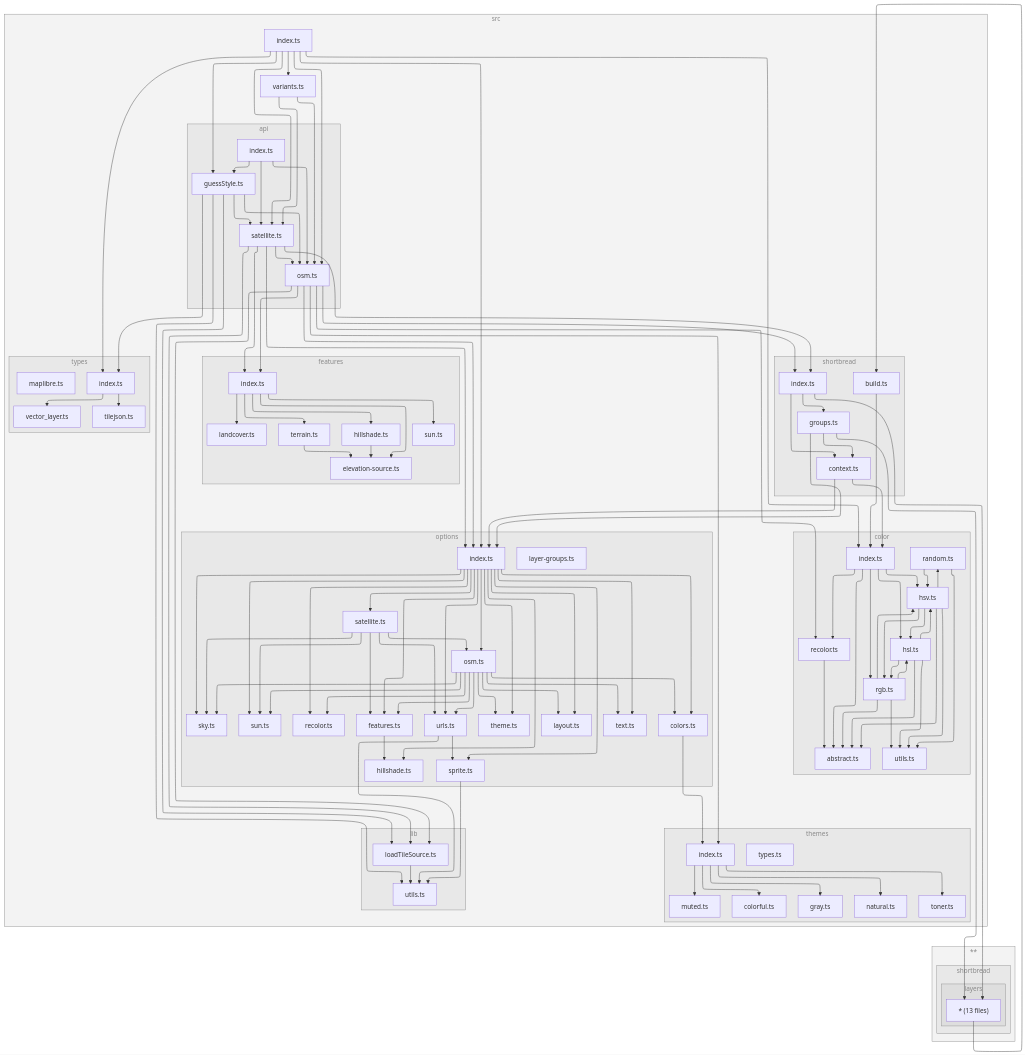
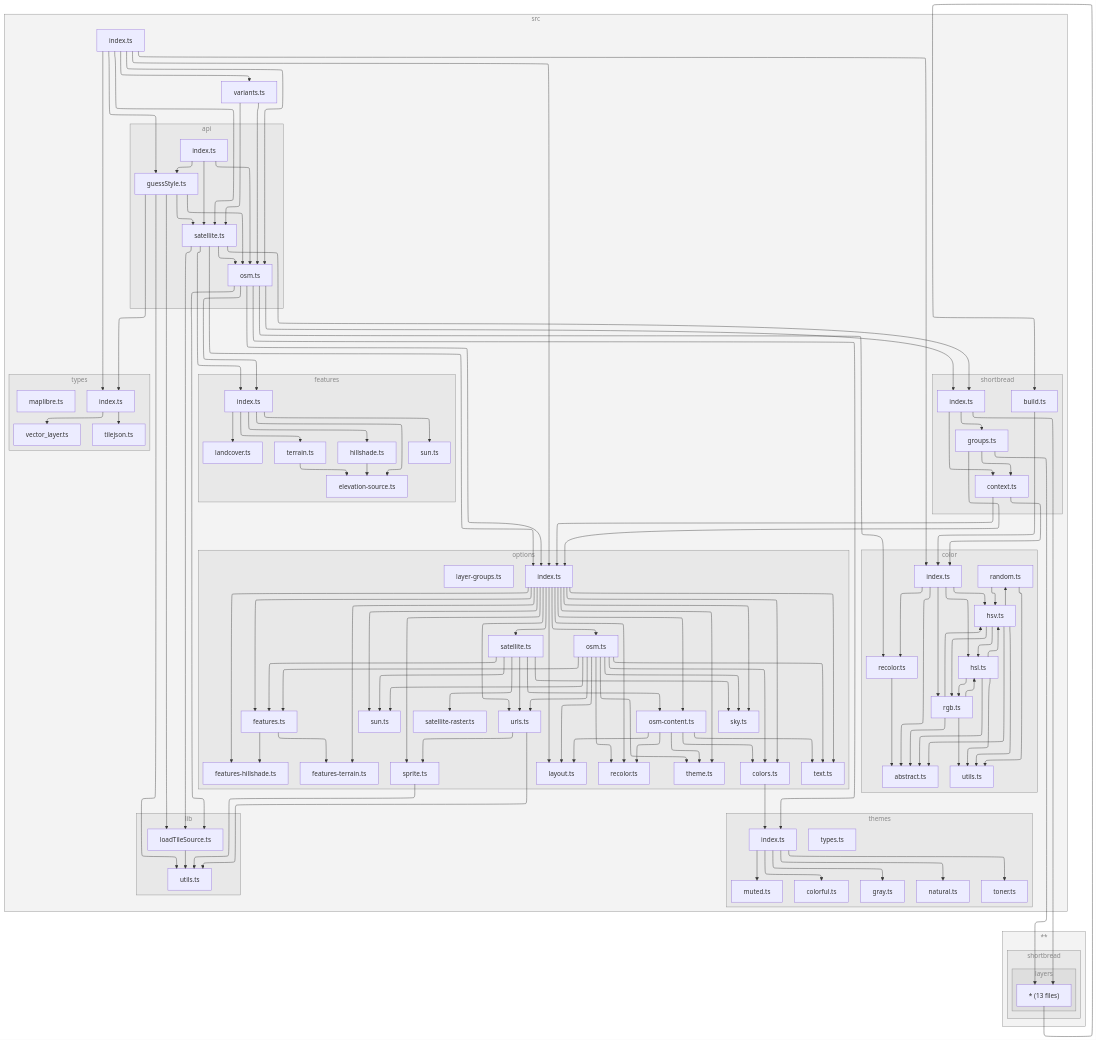
The diagram in README.md (versatiles-org/versatiles-style), drawn with Mermaid before and after one commit. The commit also changed 14 other files, not shown here.

Commit message:
feat: refactor options and resolvers for terrain and hillshade features; update OSM content handling

````diff
--- a/README.md
+++ b/README.md
@@ -157,8 +157,8 @@
 subgraph 1["api"]
 2["guessStyle.ts"]
 A["osm.ts"]
-1M["satellite.ts"]
-1N["index.ts"]
+1P["satellite.ts"]
+1Q["index.ts"]
 end
 subgraph 3["lib"]
 4["loadTileSource.ts"]
@@ -168,17 +168,17 @@
 7["index.ts"]
 8["tilejson.ts"]
 9["vector_layer.ts"]
-1S["maplibre.ts"]
+1V["maplibre.ts"]
 end
 subgraph B["color"]
 C["recolor.ts"]
 D["abstract.ts"]
-1A["index.ts"]
-1B["hsl.ts"]
-1C["hsv.ts"]
-1D["random.ts"]
-1E["utils.ts"]
-1F["rgb.ts"]
+1D["index.ts"]
+1E["hsl.ts"]
+1F["hsv.ts"]
+1G["random.ts"]
+1H["utils.ts"]
+1I["rgb.ts"]
 end
 subgraph E["features"]
 F["index.ts"]
@@ -191,19 +191,22 @@
 subgraph L["options"]
 M["index.ts"]
 N["colors.ts"]
-V["features.ts"]
-W["hillshade.ts"]
-X["layout.ts"]
-Y["osm.ts"]
-Z["recolor.ts"]
-10["sky.ts"]
-11["sun.ts"]
-12["text.ts"]
-13["theme.ts"]
-14["urls.ts"]
-15["sprite.ts"]
-16["satellite.ts"]
-1Q["layer-groups.ts"]
+V["features-hillshade.ts"]
+W["features-terrain.ts"]
+X["features.ts"]
+Y["layout.ts"]
+Z["osm-content.ts"]
+10["recolor.ts"]
+11["text.ts"]
+12["theme.ts"]
+13["osm.ts"]
+14["sky.ts"]
+15["sun.ts"]
+16["urls.ts"]
+17["sprite.ts"]
+18["satellite.ts"]
+19["satellite-raster.ts"]
+1T["layer-groups.ts"]
 end
 subgraph O["themes"]
 P["index.ts"]
@@ -212,21 +215,21 @@
 S["muted.ts"]
 T["natural.ts"]
 U["toner.ts"]
-1R["types.ts"]
+1U["types.ts"]
 end
-subgraph 17["shortbread"]
-18["index.ts"]
-19["context.ts"]
-1G["groups.ts"]
-1L["build.ts"]
+subgraph 1A["shortbread"]
+1B["index.ts"]
+1C["context.ts"]
+1J["groups.ts"]
+1O["build.ts"]
 end
-1O["index.ts"]
-1P["variants.ts"]
+1R["index.ts"]
+1S["variants.ts"]
 end
-subgraph 1H["**"]
-subgraph 1I["shortbread"]
-subgraph 1J["layers"]
-1K["* (13 files)"]
+subgraph 1K["**"]
+subgraph 1L["shortbread"]
+subgraph 1M["layers"]
+1N["* (13 files)"]
 end
 end
 end
@@ -234,7 +237,7 @@
 2-->5
 2-->7
 2-->A
-2-->1M
+2-->1P
 4-->5
 7-->8
 7-->9
@@ -242,7 +245,7 @@
 A-->F
 A-->4
 A-->M
-A-->18
+A-->1B
 A-->P
 C-->D
 F-->G
@@ -258,85 +261,94 @@
 M-->X
 M-->Y
 M-->Z
-M-->16
+M-->13
 M-->10
+M-->18
+M-->14
+M-->17
 M-->15
 M-->11
 M-->12
-M-->13
-M-->14
+M-->16
 N-->P
 P-->Q
 P-->R
 P-->S
 P-->T
 P-->U
-V-->W
-Y-->N
-Y-->V
-Y-->X
-Y-->Z
-Y-->10
-Y-->11
-Y-->12
-Y-->13
-Y-->14
-14-->5
-14-->15
-15-->5
-16-->V
-16-->Y
-16-->10
-16-->11
-16-->14
+X-->V
+X-->W
+Z-->N
+Z-->Y
+Z-->10
+Z-->11
+Z-->12
+13-->N
+13-->X
+13-->Y
+13-->10
+13-->14
+13-->15
+13-->11
+13-->12
+13-->16
+16-->5
+16-->17
+17-->5
+18-->X
+18-->Z
 18-->19
-18-->1G
-18-->1K
-19-->1A
-19-->M
-1A-->D
-1A-->1B
-1A-->1C
-1A-->C
-1A-->1F
-1B-->D
+18-->14
+18-->15
+18-->16
 1B-->1C
-1B-->1F
-1B-->1E
-1C-->D
-1C-->1B
+1B-->1J
+1B-->1N
 1C-->1D
-1C-->1F
-1C-->1E
-1D-->1C
+1C-->M
+1D-->D
 1D-->1E
+1D-->1F
+1D-->C
+1D-->1I
+1E-->D
+1E-->1F
+1E-->1I
+1E-->1H
 1F-->D
-1F-->1B
-1F-->1C
 1F-->1E
-1G-->M
-1G-->19
-1G-->1K
-1K-->1L
-1L-->1A
-1M-->F
-1M-->4
-1M-->M
-1M-->18
-1M-->A
-1N-->2
-1N-->A
-1N-->1M
-1O-->2
-1O-->A
-1O-->1M
-1O-->1A
-1O-->M
-1O-->7
-1O-->1P
+1F-->1G
+1F-->1I
+1F-->1H
+1G-->1F
+1G-->1H
+1I-->D
+1I-->1E
+1I-->1F
+1I-->1H
+1J-->M
+1J-->1C
+1J-->1N
+1N-->1O
+1O-->1D
+1P-->F
+1P-->4
+1P-->M
+1P-->1B
 1P-->A
-1P-->1M
+1Q-->2
+1Q-->A
+1Q-->1P
+1R-->2
+1R-->A
+1R-->1P
+1R-->1D
+1R-->M
+1R-->7
+1R-->1S
+1S-->A
+1S-->1P
 
-class 0,1,3,6,B,E,L,O,17,1H,1I,1J subgraphs;
+class 0,1,3,6,B,E,L,O,1A,1K,1L,1M subgraphs;
 classDef subgraphs fill-opacity:0.1, fill:#888, color:#888, stroke:#888;
 ```
````
